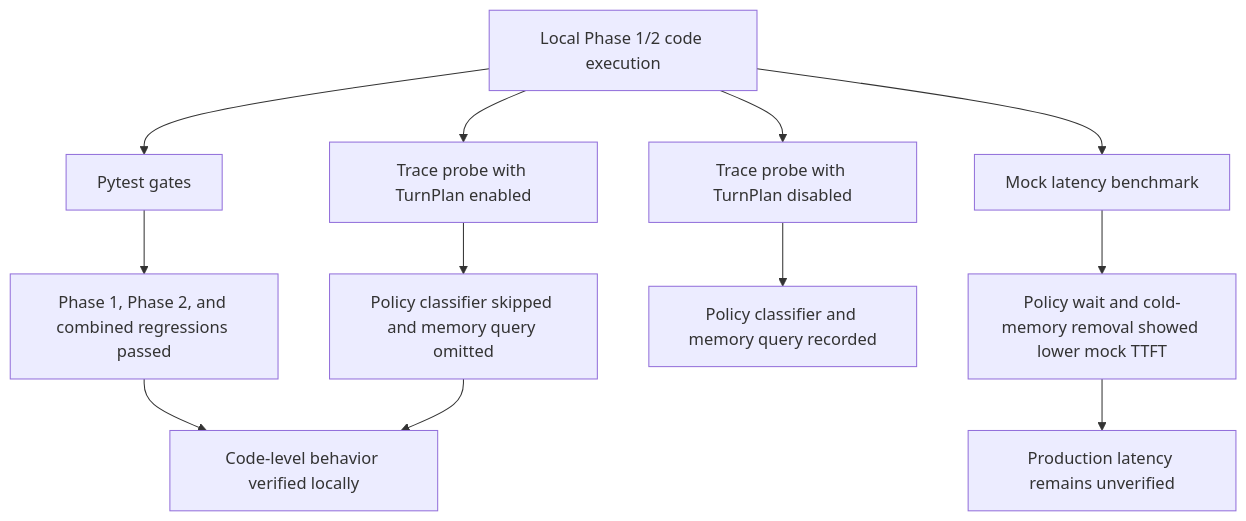
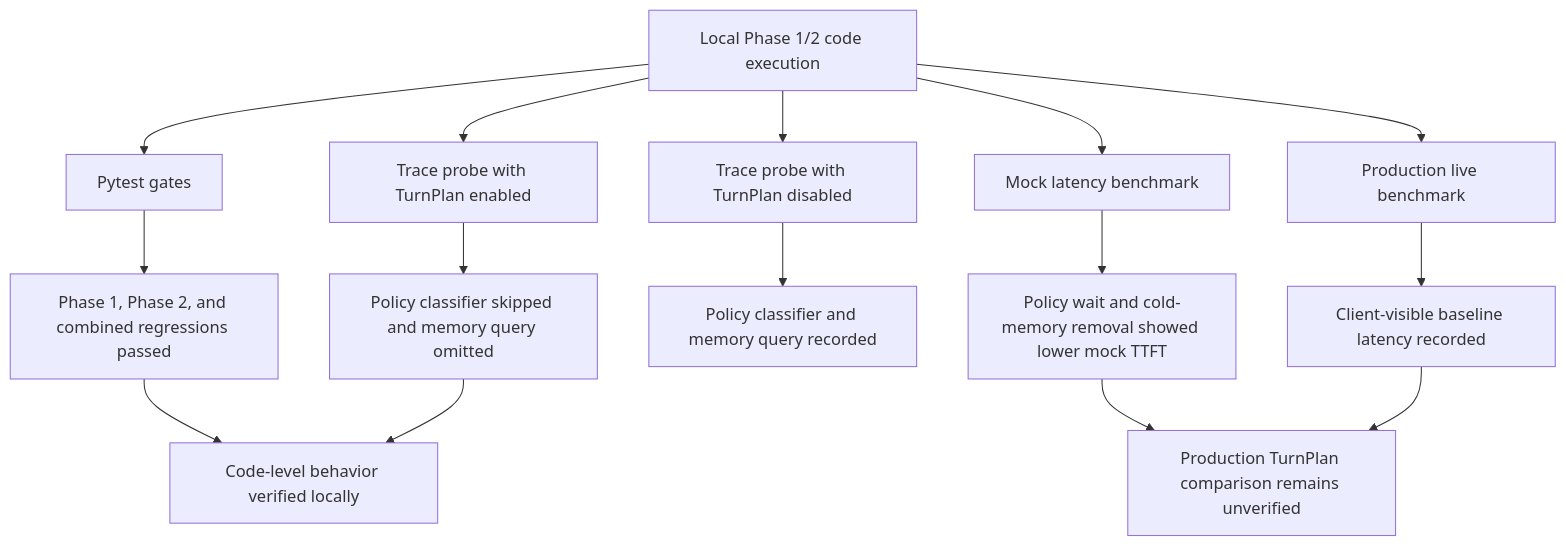
Before and after one commit to CongJie-Pan/AREQA: the second of 2 diagrams in docs/worklog/202607/2026_07_19_experiment/experiment_report.md, drawn with Mermaid. The commit also changed other lines of this file and 4 other files, not shown here.

Commit message:
feat(experiment): add production latency benchmark and report documentation

````diff
--- a/docs/worklog/202607/2026_07_19_experiment/experiment_report.md
+++ b/docs/worklog/202607/2026_07_19_experiment/experiment_report.md
@@ -63,14 +63,17 @@
 ```mermaid
 flowchart TD
     A["Local Phase 1/2 code execution"] --> B["Pytest gates"]
     B --> C["Phase 1, Phase 2, and combined regressions passed"]
     A --> D["Mock latency benchmark"]
     D --> E["Policy wait and cold-memory removal showed lower mock TTFT"]
     A --> F["Trace probe with TurnPlan disabled"]
     F --> G["Policy classifier and memory query recorded"]
     A --> H["Trace probe with TurnPlan enabled"]
     H --> I["Policy classifier skipped and memory query omitted"]
+    A --> L["Production live benchmark"]
+    L --> M["Client-visible baseline latency recorded"]
     C --> J["Code-level behavior verified locally"]
-    E --> K["Production latency remains unverified"]
+    E --> K["Production TurnPlan comparison remains unverified"]
     I --> J
+    M --> K
 ```
````
